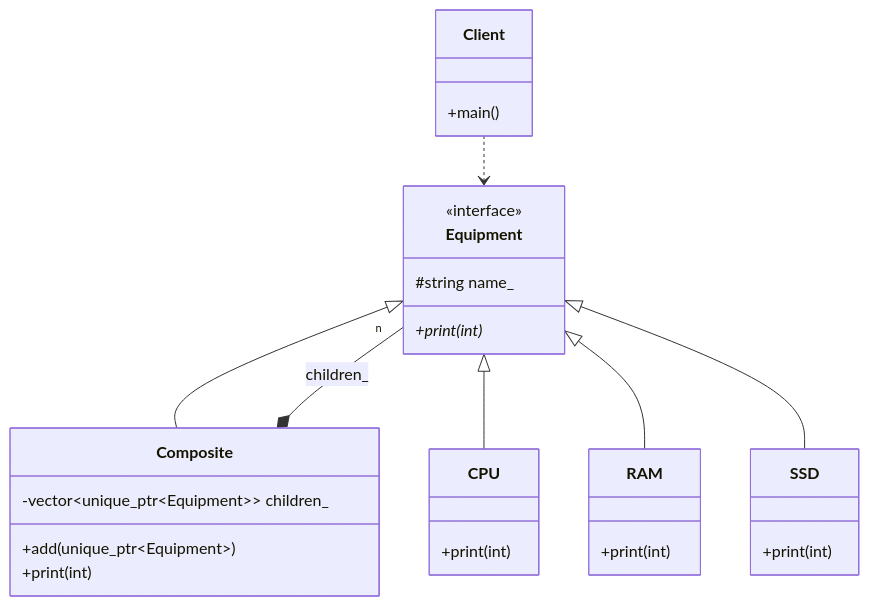
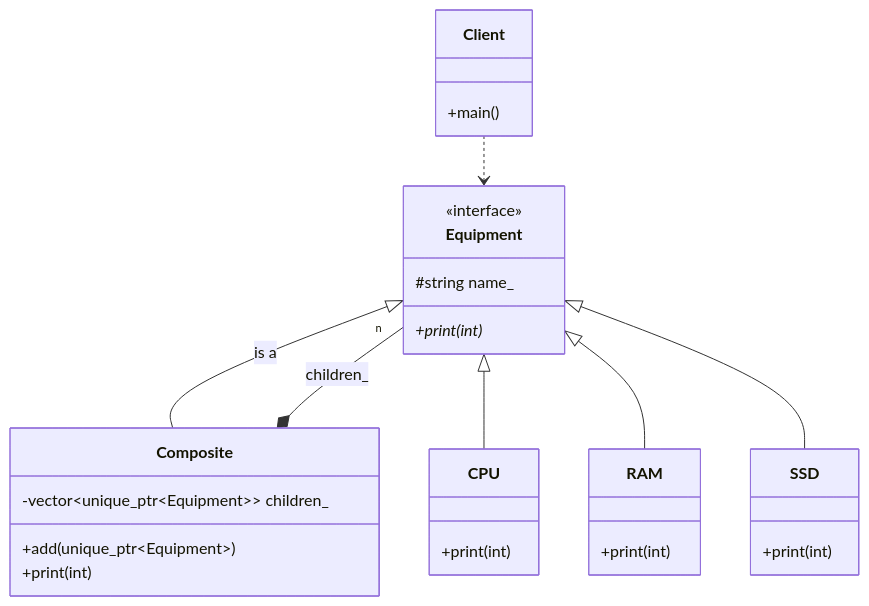
The diagram in 10_Composite/README.md (Cichlidfishexigency721/Modern-CPP-Design-Patterns), drawn with Mermaid before and after one commit. The commit also changed 1 other file, not shown here.

Commit message:
UML improvement

````diff
--- a/10_Composite/README.md
+++ b/10_Composite/README.md
@@ -46,42 +46,42 @@
 ```mermaid
 classDiagram
    class Equipment {
       <<interface>>
       #string name_
       +print(int)*
    }
 
    class CPU {
       +print(int)
    }
 
    class RAM {
       +print(int)
    }
 
    class SSD {
       +print(int)
    }
 
    class Composite {
       -vector~unique_ptr~Equipment~~ children_
       +add(unique_ptr~Equipment~)
       +print(int)
    }
 
    class Client {
       +main()
    }
 
    %% Inheritance (Is_a) - No numbers
-   Equipment <|-- Composite
+   Equipment <|-- Composite : is a
    Equipment <|-- CPU
    Equipment <|-- RAM
    Equipment <|-- SSD
 
    %% Composition (Has_a) - Multiplicity "n" at the end
    Composite *-- "n" Equipment : children_
 
    %% Dependency - No numbers
    Client ..> Equipment
 ```
````
